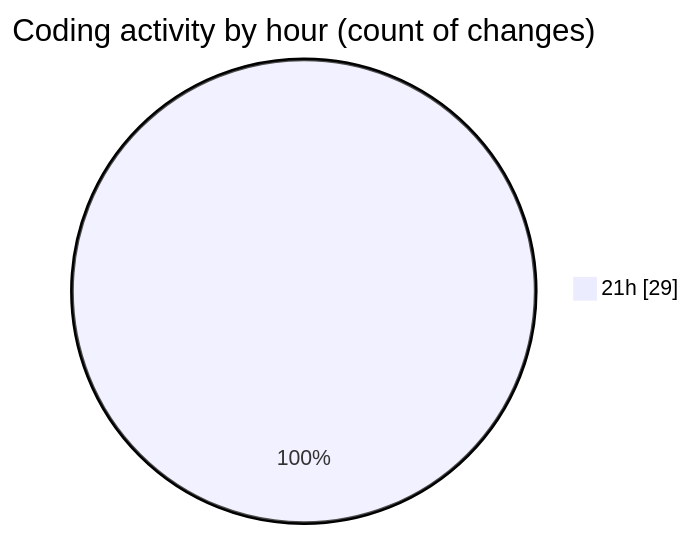
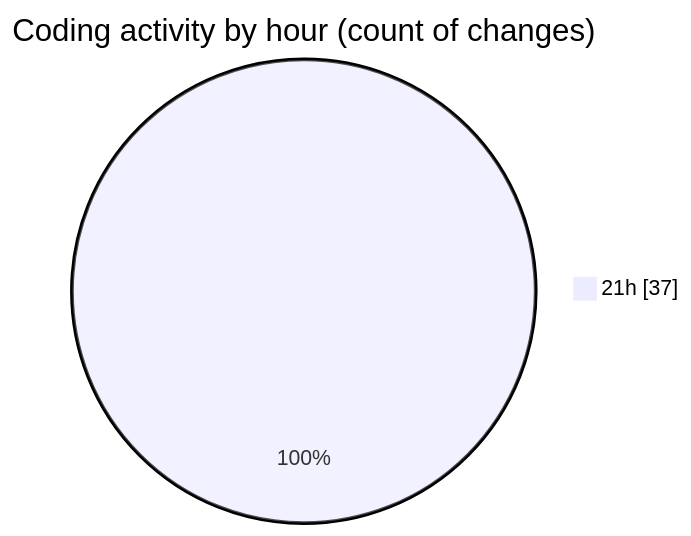
The second of 2 diagrams in 2025-03-26/echo/README.md (Netris89/code-tracking), drawn with Mermaid before and after one commit. The commit also changed other lines of this file and 1 other file, not shown here.

````diff
--- a/2025-03-26/echo/README.md
+++ b/2025-03-26/echo/README.md
@@ -34,5 +34,5 @@
 ```mermaid
 pie showData
 title Coding activity by hour (count of changes)
-"21h" : 29
+"21h" : 37
 ```
````
